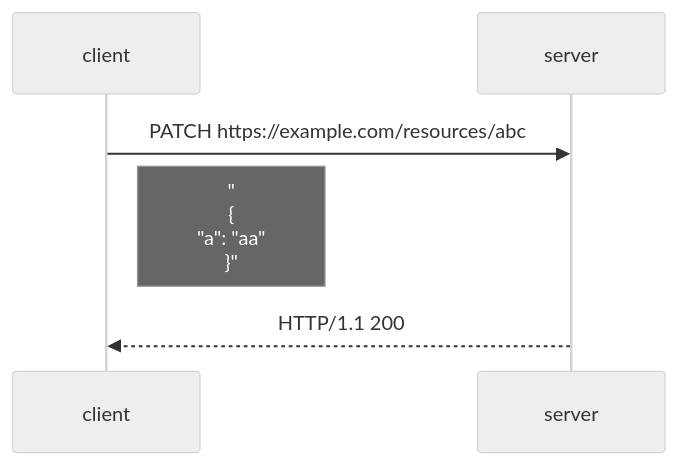
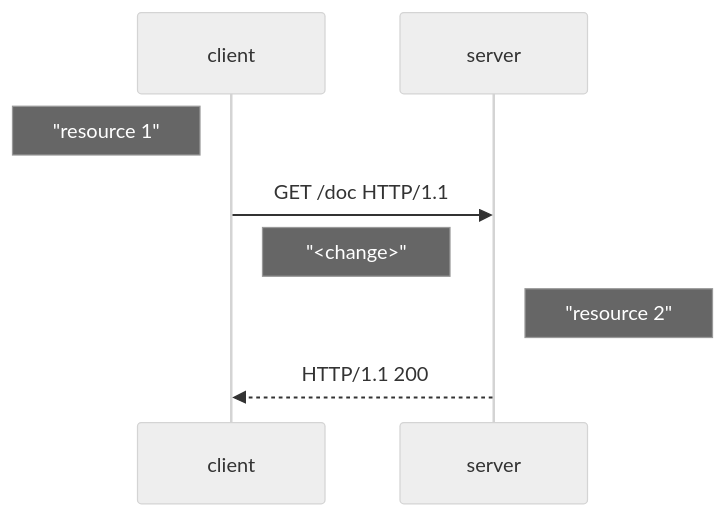
Before and after one commit to annelo-msft/gists: the diagram in patch-models/samples.md, drawn with Mermaid (neutral theme).

````diff
--- a/patch-models/samples.md
+++ b/patch-models/samples.md
@@ -12,8 +12,10 @@
 ```mermaid
 sequenceDiagram
     participant client
     participant server
-    client->>server: PATCH https://example.com/resources/abc
-    Note right of client: "<br> { <br> "a": "aa" <br> }"
+    Note left of client: "resource 1"
+    client->>server: GET /doc HTTP/1.1    
+    Note right of client: "<change>"
+    Note right of server: "resource 2"
     server-->>client: HTTP/1.1 200
 ```
````
